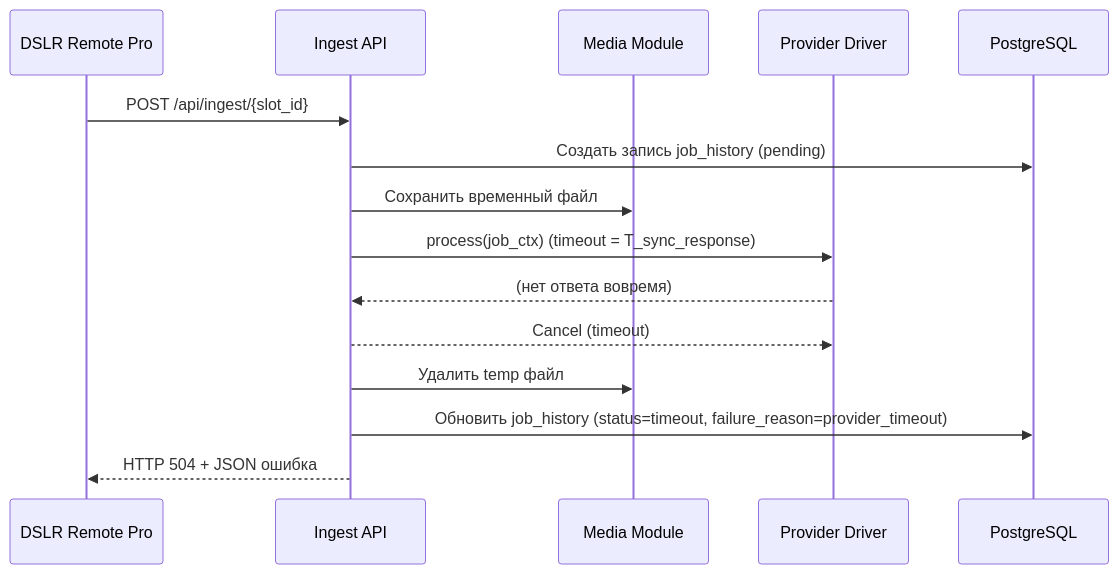
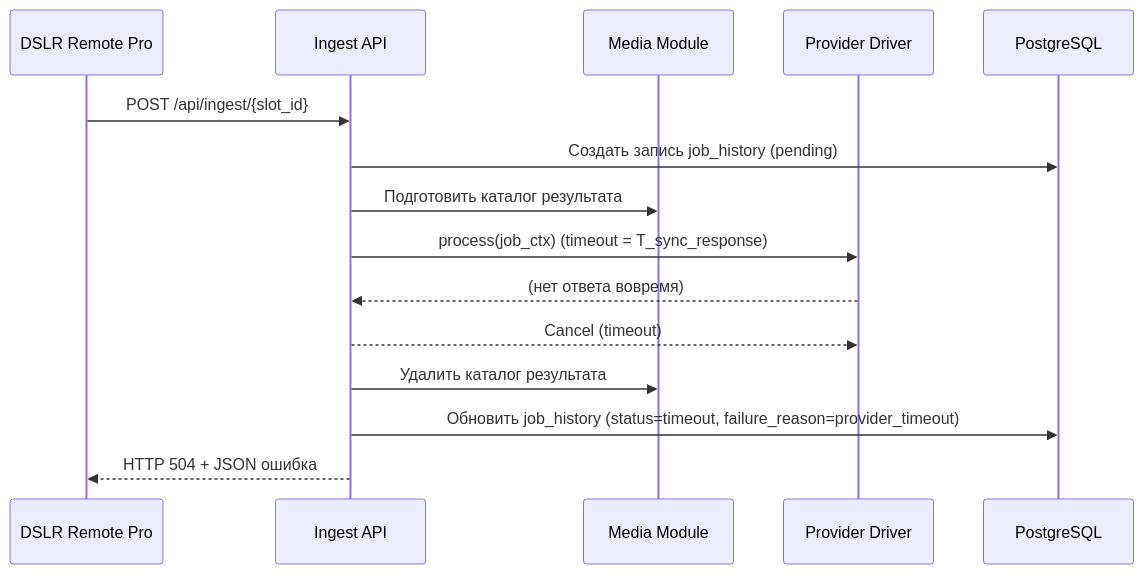
The diagram in spec/diagrams/uc3-ingest-timeout-sequence.mmd (nicelight/PhotoChanger_25), drawn with Mermaid before and after one commit. The commit also changed 60 other files, not shown here.

```diff
--- a/spec/diagrams/uc3-ingest-timeout-sequence.mmd
+++ b/spec/diagrams/uc3-ingest-timeout-sequence.mmd
@@ -1,16 +1,16 @@
 sequenceDiagram
     participant DSLR as DSLR Remote Pro
     participant API as Ingest API
     participant Media as Media Module
     participant Driver as Provider Driver
     participant DB as PostgreSQL
 
     DSLR->>API: POST /api/ingest/{slot_id}
     API->>DB: Создать запись job_history (pending)
-    API->>Media: Сохранить временный файл
+    API->>Media: Подготовить каталог результата
     API->>Driver: process(job_ctx) (timeout = T_sync_response)
     Driver-->>API: (нет ответа вовремя)
     API-->>Driver: Cancel (timeout)
-    API->>Media: Удалить temp файл
+    API->>Media: Удалить каталог результата
     API->>DB: Обновить job_history (status=timeout, failure_reason=provider_timeout)
     API-->>DSLR: HTTP 504 + JSON ошибка
```
